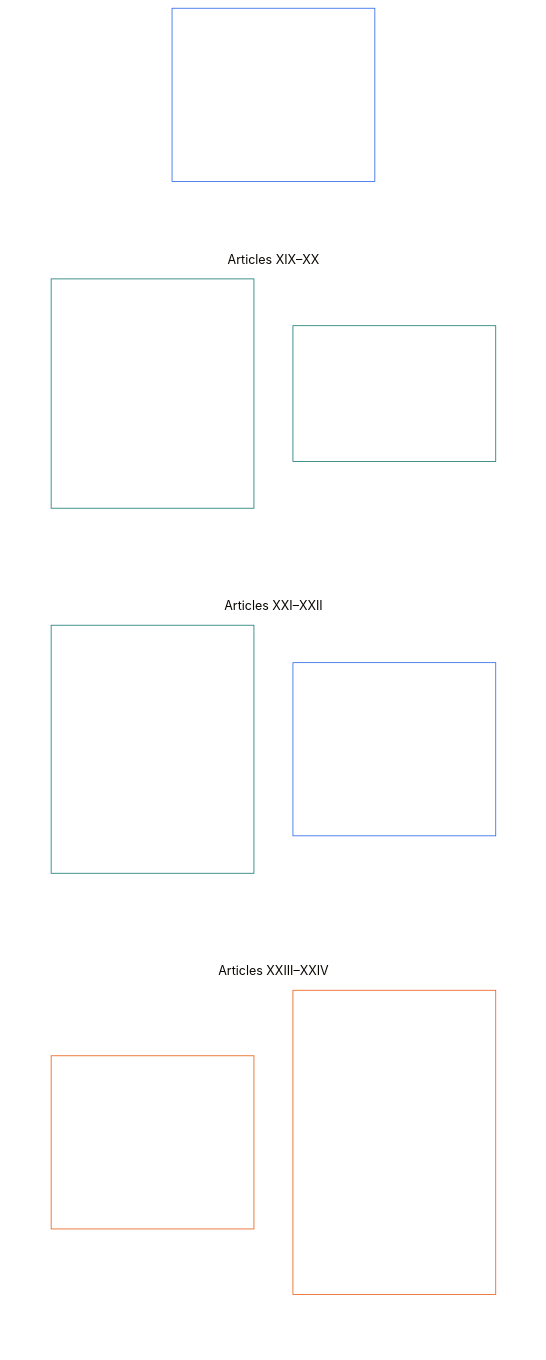
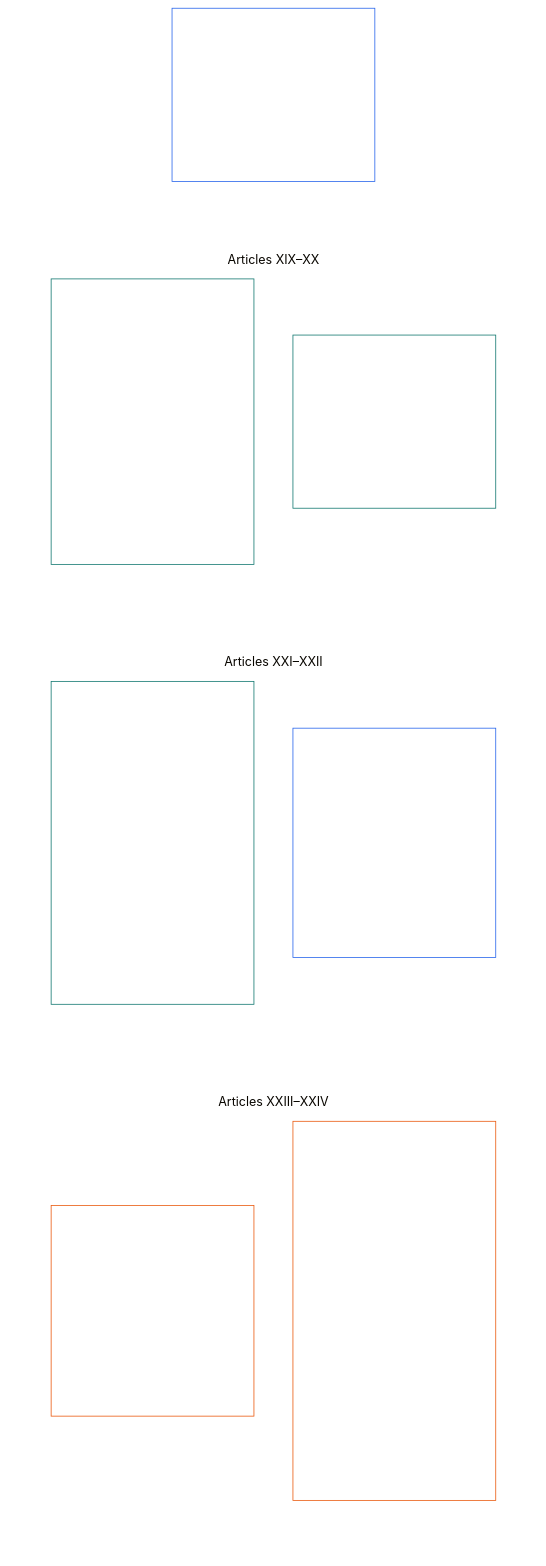
The diagram in core_06_rights_part_d.md (kfoelsch/Sentient_Constitution), drawn with Mermaid (base theme) before and after one commit. The commit also changed other lines of this file and 116 other files, not shown here.

````diff
--- a/core_06_rights_part_d.md
+++ b/core_06_rights_part_d.md
@@ -40,36 +40,36 @@
 ```mermaid
 flowchart TB
     D0["Part D<br/><br/>Standing, justice, interoperability,<br/>comprehensibility, root-cause review, and constitutional interpretation"]
     subgraph Dgrid[" "]
         direction TB
         subgraph Drow1["Articles XIX–XX"]
-            D1["Article XIX · Standing and Participation Status<br/><br/>• Standing distinctions<br/>• Contestability and restriction limits<br/>• Named-pathway eligibility, responsibility, and audit<br/>• Movement, refuge, and non-statelessness"]
-            D2["Article XX · Justice After Verified Violation<br/><br/>• Justice objective and scope<br/>• Restriction floors"]
+            D1["**Article XIX** (*Standing and Participation Status*) · Standing and Participation Status<br/><br/>• Standing distinctions<br/>• Contestability and restriction limits<br/>• Named-pathway eligibility, responsibility, and audit<br/>• Movement, refuge, and non-statelessness"]
+            D2["**Article XX** (*Justice After Verified Violation*) · Justice After Verified Violation<br/><br/>• Justice objective and scope<br/>• Restriction floors"]
         end
         subgraph Drow2["Articles XXI–XXII"]
-            D3["Article XXI · Interoperability, Portability, Movement, Refuge, and Exit Integrity<br/><br/>• Portability<br/>• Reciprocal interoperability<br/>• Anti-lock-in<br/>• Movement, migration, refuge, and non-statelessness"]
-            D4["Article XXII · Comprehensibility and Complexity Stewardship<br/><br/>• Proportional comprehensibility<br/>• Complexity audit and modularity"]
+            D3["**Article XXI** (*Interoperability, Portability, Movement, Refuge, and Exit Integrity*) · Interoperability, Portability, Movement, Refuge, and Exit Integrity<br/><br/>• Portability<br/>• Reciprocal interoperability<br/>• Anti-lock-in<br/>• Movement, migration, refuge, and non-statelessness"]
+            D4["**Article XXII** (*Comprehensibility and Complexity Stewardship*) · Comprehensibility and Complexity Stewardship<br/><br/>• Proportional comprehensibility<br/>• Complexity audit and modularity"]
         end
         subgraph Drow3["Articles XXIII–XXIV"]
-            D5["Article XXIII · Root Cause Analysis and Adaptive Response<br/><br/>• Diagnostic rigor and causal attribution<br/>• Auditability, challenge, and reversibility"]
-            D6["Article XXIV · Constitutional Interpretation, Review, and Anti-Capture Safeguards<br/><br/>• Bounded interpretive mandate<br/>• Composition, rotation, and conflict controls<br/>• Public reasons, challenge, and external review<br/>• Removal and non-entrenchment"]
+            D5["**Article XXIII** (*Root Cause Analysis and Adaptive Response*) · Root Cause Analysis and Adaptive Response<br/><br/>• Diagnostic rigor and causal attribution<br/>• Auditability, challenge, and reversibility"]
+            D6["**Article XXIV** (*Constitutional Interpretation, Review, and Anti-Capture Safeguards*) · Constitutional Interpretation, Review, and Anti-Capture Safeguards<br/><br/>• Bounded interpretive mandate<br/>• Composition, rotation, and conflict controls<br/>• Public reasons, challenge, and external review<br/>• Removal and non-entrenchment"]
         end
     end
     %% Invisible links force a two-wide grid: each link puts its target one level down.
     D0 ~~~ D1 & D2
     D1 ~~~ D3
     D2 ~~~ D4
     D3 ~~~ D5
     D4 ~~~ D6
     style Dgrid fill:none,stroke:none
     style Drow1 fill:none,stroke:none
     style Drow2 fill:none,stroke:none
     style Drow3 fill:none,stroke:none
     style D0 fill:none,stroke:#2563eb,color:#ffffff
     style D1 fill:none,stroke:#0f766e,color:#ffffff
     style D2 fill:none,stroke:#0f766e,color:#ffffff
     style D3 fill:none,stroke:#0f766e,color:#ffffff
     style D4 fill:none,stroke:#2563eb,color:#ffffff
     style D5 fill:none,stroke:#ea580c,color:#ffffff
     style D6 fill:none,stroke:#ea580c,color:#ffffff
 ```
````
